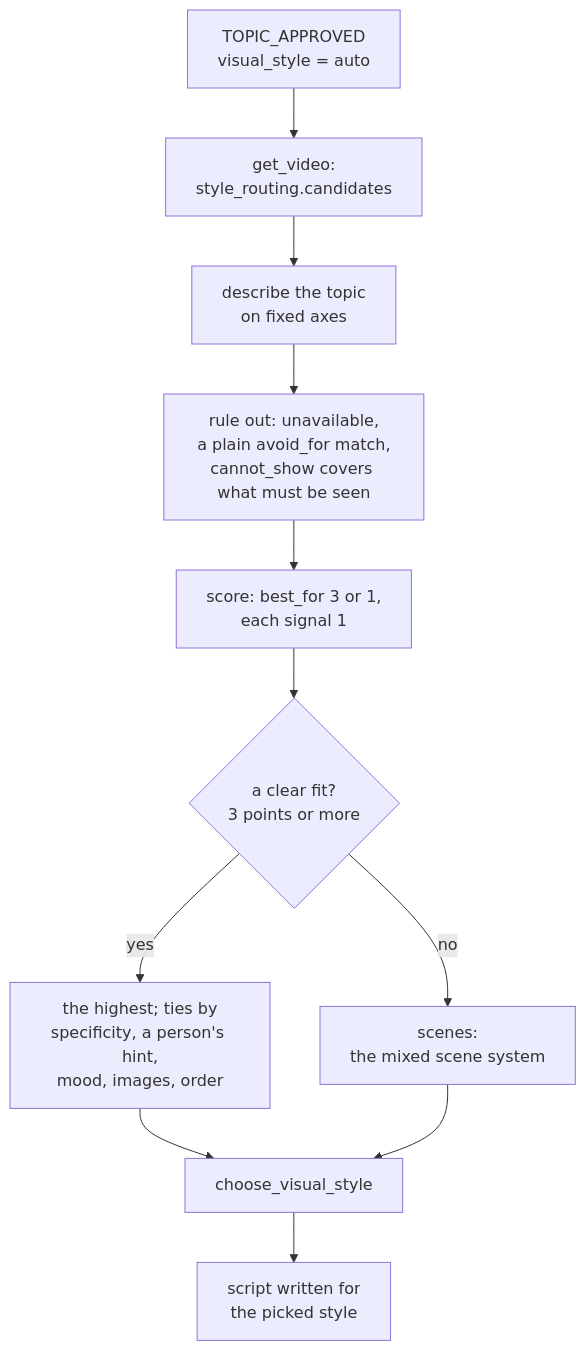
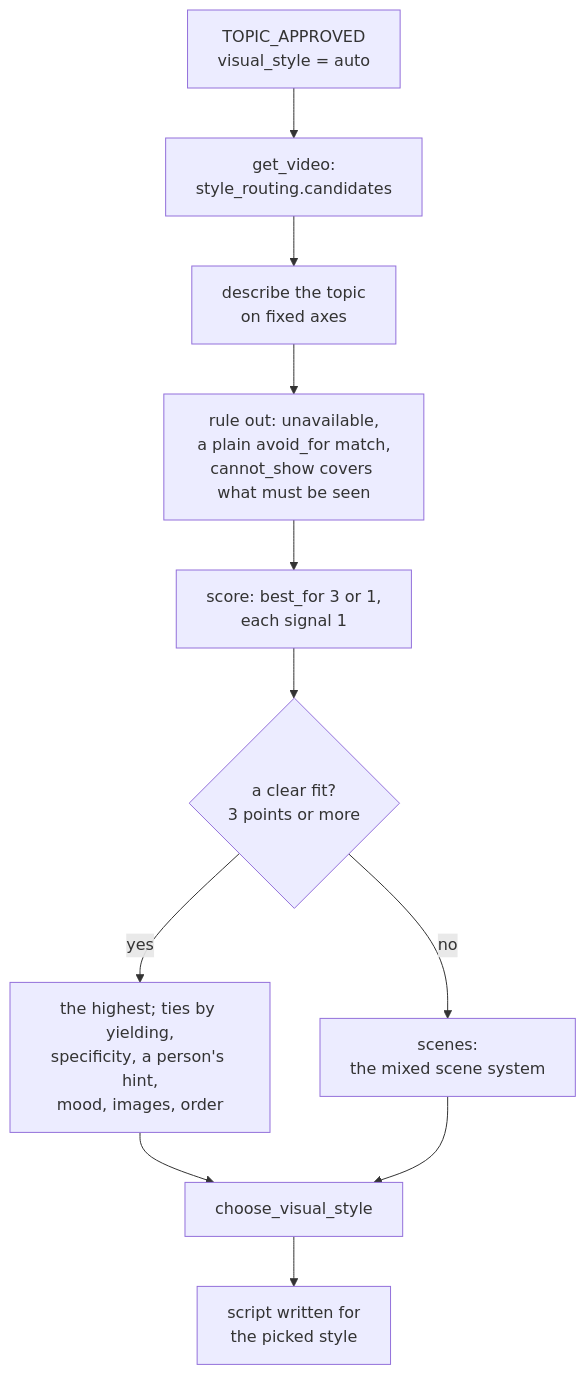
The first of 5 diagrams in docs/developer/10-scene-authoring.md (teja156/tubematic), drawn with Mermaid before and after one commit. The commit also changed other lines of this file and 17 other files, not shown here.

Commit message:
Photo Explainer: Motion Graphics is labelled Photo Explainer (id kept), routed to real things shown as pictures, yields close calls, its diagrams are System Flow inserts (TMDEV-225)

````diff
--- a/docs/developer/10-scene-authoring.md
+++ b/docs/developer/10-scene-authoring.md
@@ -193,13 +197,13 @@
 ```mermaid
 flowchart TD
     A["TOPIC_APPROVED<br/>visual_style = auto"] --> B["get_video:<br/>style_routing.candidates"]
     B --> C["describe the topic<br/>on fixed axes"]
     C --> D["rule out: unavailable,<br/>a plain avoid_for match,<br/>cannot_show covers what must be seen"]
     D --> E["score: best_for 3 or 1,<br/>each signal 1"]
     E --> F{"a clear fit?<br/>3 points or more"}
-    F -->|yes| G["the highest; ties by<br/>specificity, a person's hint,<br/>mood, images, order"]
+    F -->|yes| G["the highest; ties by yielding,<br/>specificity, a person's hint,<br/>mood, images, order"]
     F -->|no| H["scenes:<br/>the mixed scene system"]
     G --> I["choose_visual_style"]
     H --> I
     I --> J["script written for<br/>the picked style"]
 ```
````
